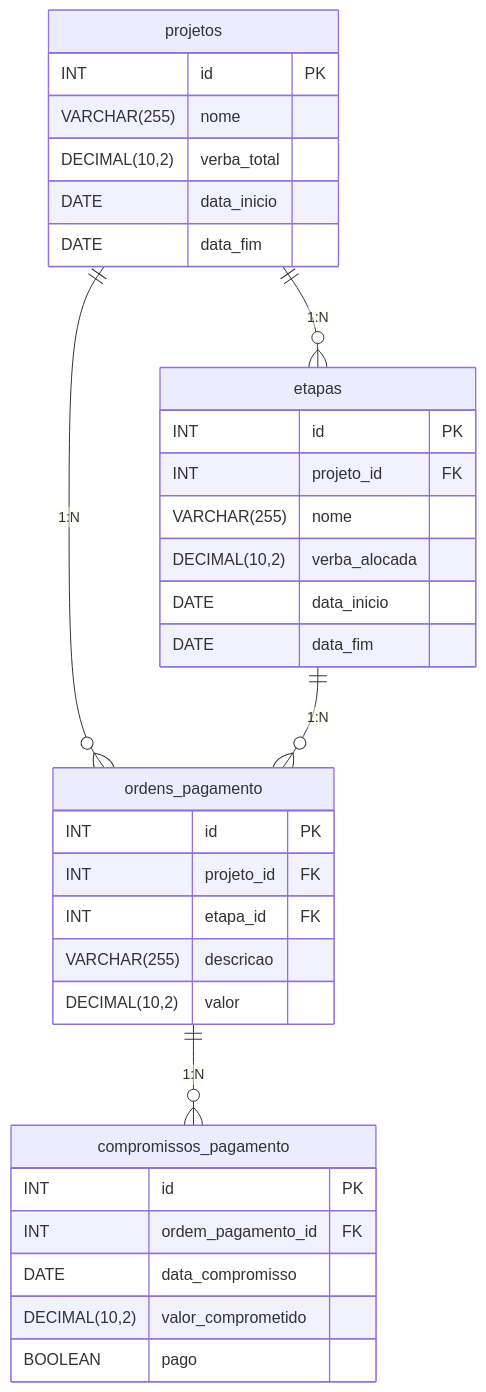
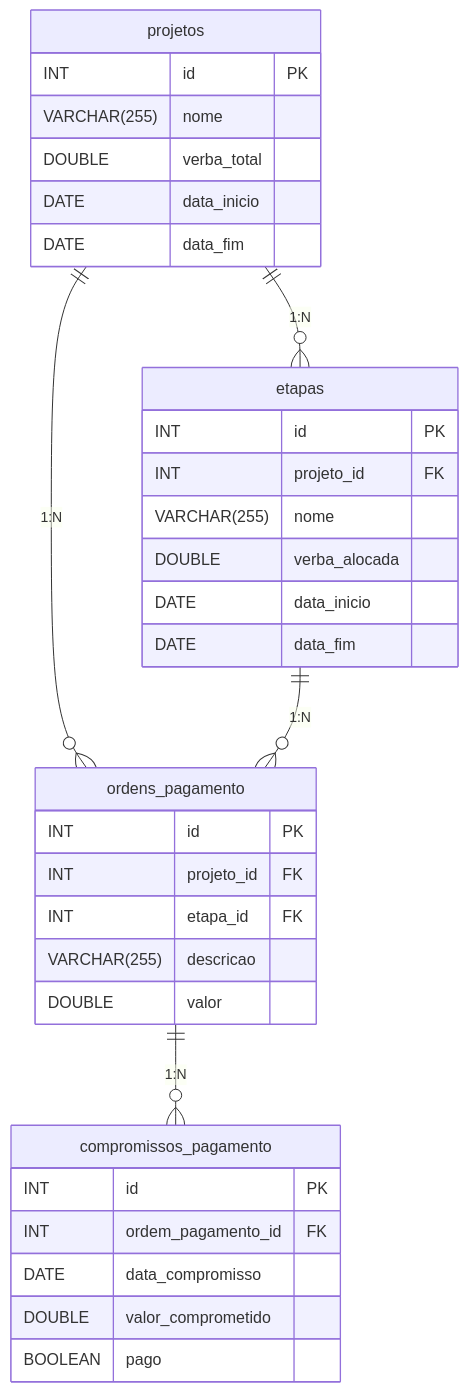
Before and after one commit to lucasreno/gpt-be: the diagram in README.md, drawn with Mermaid. The commit also changed 1 other file, not shown here.

Commit message:
refactor: change DECIMAL to DOUBLE for financial fields in ER diagram

````diff
--- a/README.md
+++ b/README.md
@@ -89,40 +89,40 @@
 ```mermaid
 erDiagram
     projetos {
         INT id PK
         VARCHAR(255) nome
-        DECIMAL(10,2) verba_total
+        DOUBLE verba_total
         DATE data_inicio
         DATE data_fim
     }
     
     etapas {
         INT id PK
         INT projeto_id FK
         VARCHAR(255) nome
-        DECIMAL(10,2) verba_alocada
+        DOUBLE verba_alocada
         DATE data_inicio
         DATE data_fim
     }
 
     ordens_pagamento {
         INT id PK
         INT projeto_id FK
         INT etapa_id FK
         VARCHAR(255) descricao
-        DECIMAL(10,2) valor
+        DOUBLE valor
     }
 
     compromissos_pagamento {
         INT id PK
         INT ordem_pagamento_id FK
         DATE data_compromisso
-        DECIMAL(10,2) valor_comprometido
+        DOUBLE valor_comprometido
         BOOLEAN pago
     }
 
     projetos ||--o{ etapas : "1:N"
     projetos ||--o{ ordens_pagamento : "1:N"
     etapas ||--o{ ordens_pagamento : "1:N"
     ordens_pagamento ||--o{ compromissos_pagamento : "1:N"
 ```
````
